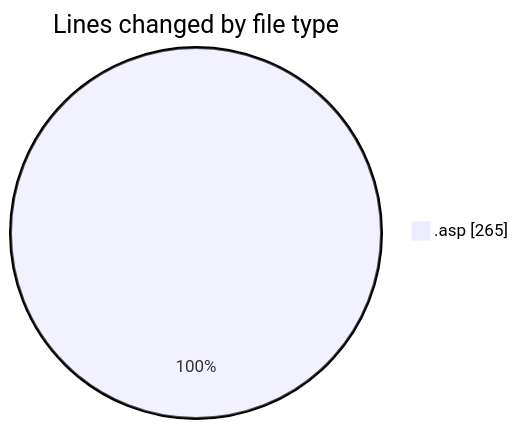
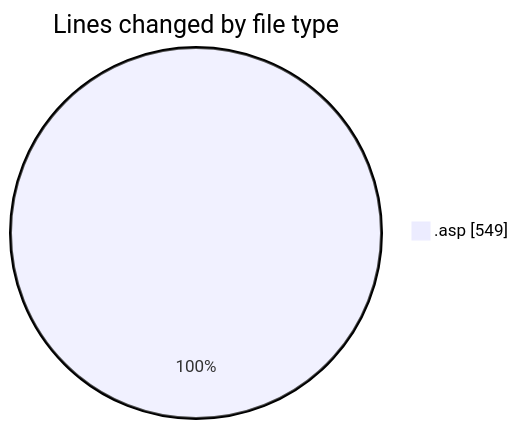
The first of 2 diagrams in 2025-11-08/usr_aleoudev_fr__workspace_/README.md (julien-gomy/code-tracking), drawn with Mermaid before and after one commit. The commit also changed other lines of this file and 1 other file, not shown here.

````diff
--- a/2025-11-08/usr_aleoudev_fr__workspace_/README.md
+++ b/2025-11-08/usr_aleoudev_fr__workspace_/README.md
@@ -20,5 +21,5 @@
 ```mermaid
 pie showData
 title Lines changed by file type
-".asp" : 265
+".asp" : 549
 ```
````
